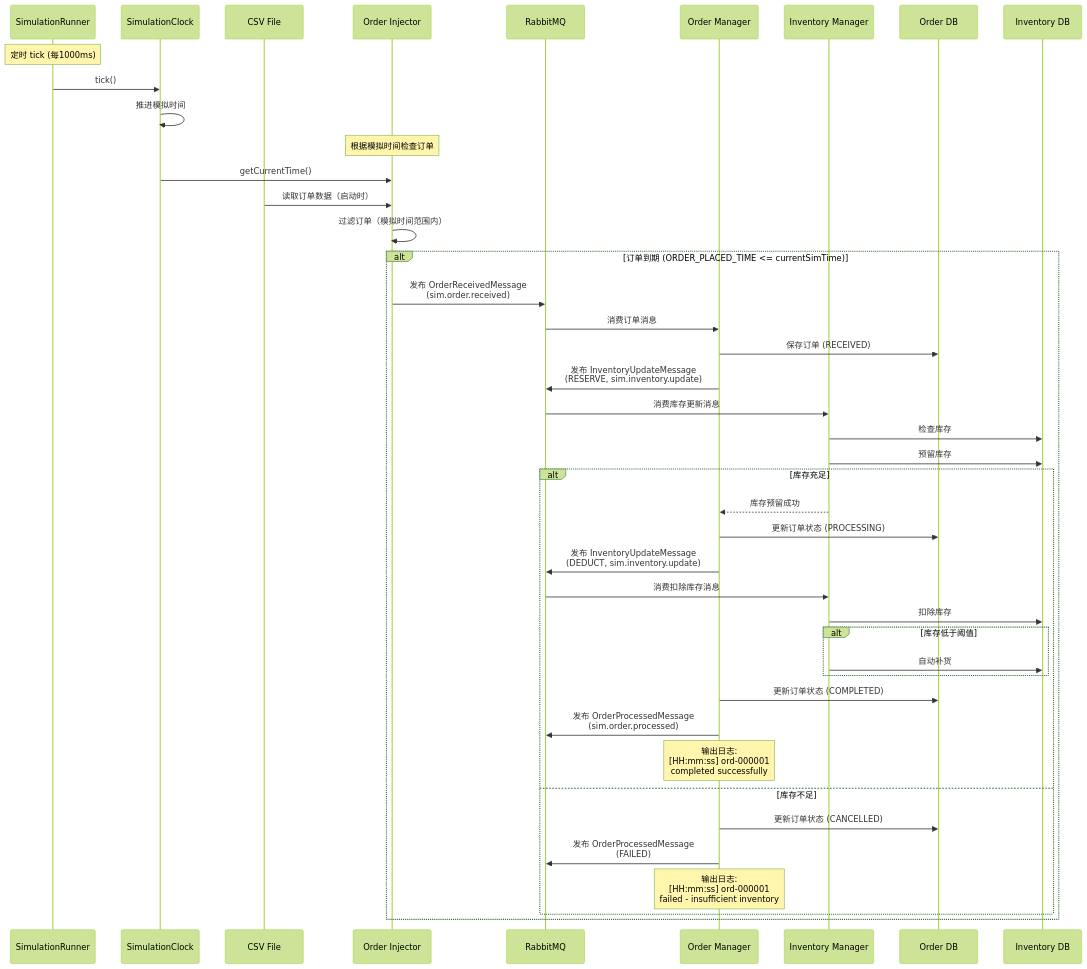
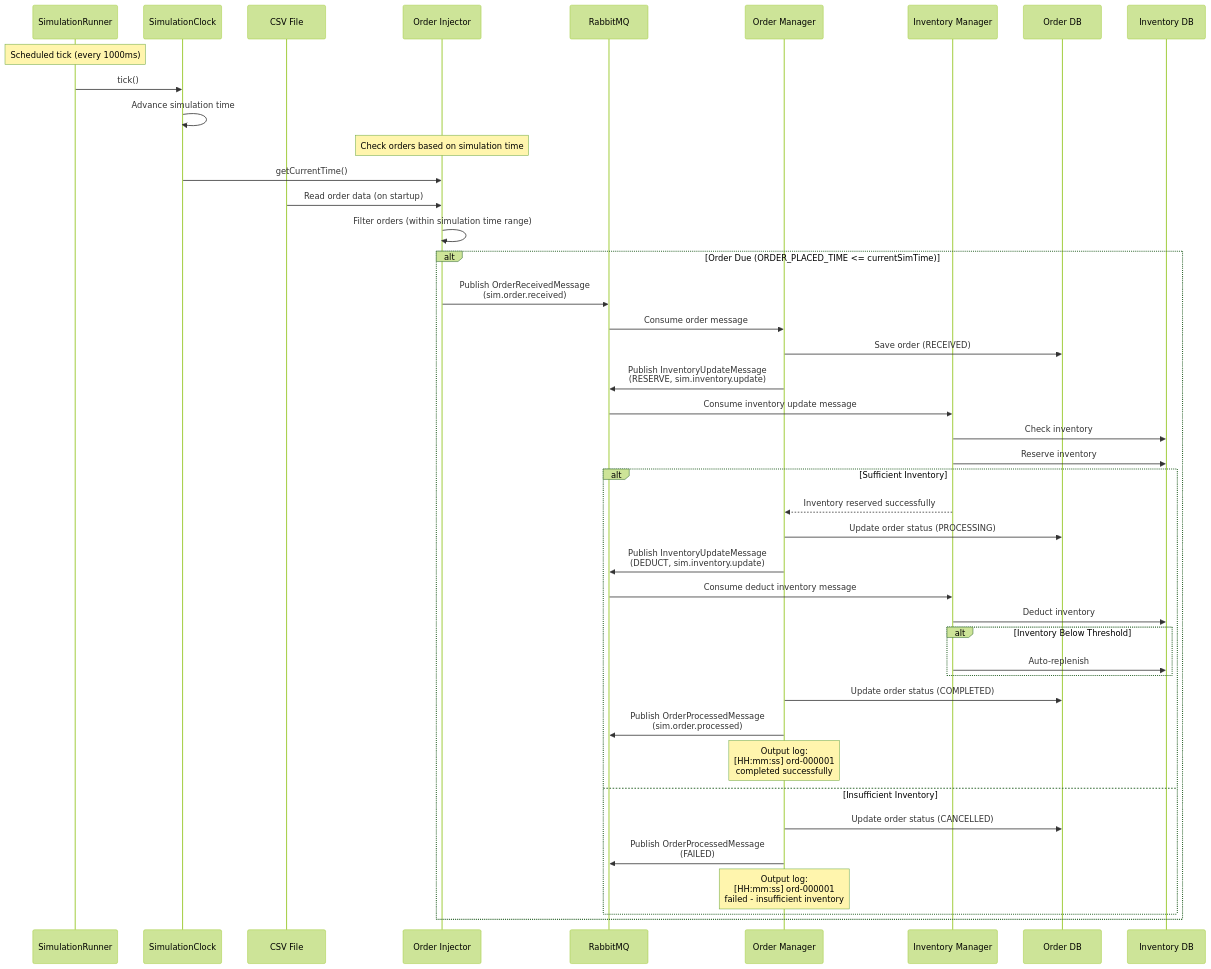
The second of 9 diagrams in docs/ARCHITECTURE_DIAGRAM.md (yuyu-ko/Inventory), drawn with Mermaid (forest theme) before and after one commit. The commit also changed other lines of this file and 26 other files, not shown here.

````diff
--- a/docs/ARCHITECTURE_DIAGRAM.md
+++ b/docs/ARCHITECTURE_DIAGRAM.md
@@ -79,55 +79,55 @@
 ```mermaid
 sequenceDiagram
     participant SR as SimulationRunner
     participant SC as SimulationClock
     participant CSV as CSV File
     participant OI as Order Injector
     participant MQ as RabbitMQ
     participant OM as Order Manager
     participant IM as Inventory Manager
     participant DB1 as Order DB
     participant DB2 as Inventory DB
     
-    Note over SR: 定时 tick (每1000ms)
+    Note over SR: Scheduled tick (every 1000ms)
     SR->>SC: tick()
-    SC->>SC: 推进模拟时间
+    SC->>SC: Advance simulation time
     
-    Note over OI: 根据模拟时间检查订单
+    Note over OI: Check orders based on simulation time
     SC->>OI: getCurrentTime()
-    CSV->>OI: 读取订单数据（启动时）
-    OI->>OI: 过滤订单（模拟时间范围内）
+    CSV->>OI: Read order data (on startup)
+    OI->>OI: Filter orders (within simulation time range)
     
-    alt 订单到期 (ORDER_PLACED_TIME <= currentSimTime)
-        OI->>MQ: 发布 OrderReceivedMessage<br/>(sim.order.received)
+    alt Order Due (ORDER_PLACED_TIME <= currentSimTime)
+        OI->>MQ: Publish OrderReceivedMessage<br/>(sim.order.received)
         
-        MQ->>OM: 消费订单消息
-        OM->>DB1: 保存订单 (RECEIVED)
+        MQ->>OM: Consume order message
+        OM->>DB1: Save order (RECEIVED)
         
-        OM->>MQ: 发布 InventoryUpdateMessage<br/>(RESERVE, sim.inventory.update)
+        OM->>MQ: Publish InventoryUpdateMessage<br/>(RESERVE, sim.inventory.update)
         
-        MQ->>IM: 消费库存更新消息
-        IM->>DB2: 检查库存
-        IM->>DB2: 预留库存
+        MQ->>IM: Consume inventory update message
+        IM->>DB2: Check inventory
+        IM->>DB2: Reserve inventory
         
-        alt 库存充足
-            IM-->>OM: 库存预留成功
-            OM->>DB1: 更新订单状态 (PROCESSING)
-            OM->>MQ: 发布 InventoryUpdateMessage<br/>(DEDUCT, sim.inventory.update)
+        alt Sufficient Inventory
+            IM-->>OM: Inventory reserved successfully
+            OM->>DB1: Update order status (PROCESSING)
+            OM->>MQ: Publish InventoryUpdateMessage<br/>(DEDUCT, sim.inventory.update)
             
-            MQ->>IM: 消费扣除库存消息
-            IM->>DB2: 扣除库存
+            MQ->>IM: Consume deduct inventory message
+            IM->>DB2: Deduct inventory
             
-            alt 库存低于阈值
-                IM->>DB2: 自动补货
+            alt Inventory Below Threshold
+                IM->>DB2: Auto-replenish
             end
             
-            OM->>DB1: 更新订单状态 (COMPLETED)
-            OM->>MQ: 发布 OrderProcessedMessage<br/>(sim.order.processed)
-            Note over OM: 输出日志:<br/>[HH:mm:ss] ord-000001<br/>completed successfully
-        else 库存不足
-            OM->>DB1: 更新订单状态 (CANCELLED)
-            OM->>MQ: 发布 OrderProcessedMessage<br/>(FAILED)
-            Note over OM: 输出日志:<br/>[HH:mm:ss] ord-000001<br/>failed - insufficient inventory
+            OM->>DB1: Update order status (COMPLETED)
+            OM->>MQ: Publish OrderProcessedMessage<br/>(sim.order.processed)
+            Note over OM: Output log:<br/>[HH:mm:ss] ord-000001<br/>completed successfully
+        else Insufficient Inventory
+            OM->>DB1: Update order status (CANCELLED)
+            OM->>MQ: Publish OrderProcessedMessage<br/>(FAILED)
+            Note over OM: Output log:<br/>[HH:mm:ss] ord-000001<br/>failed - insufficient inventory
         end
     end
 ```
````
